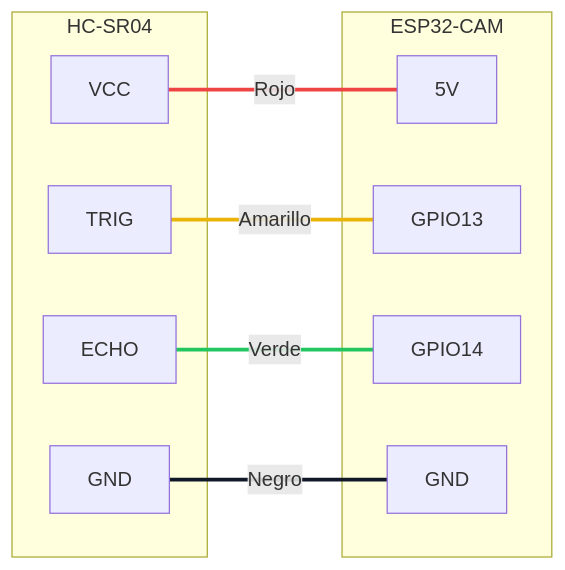
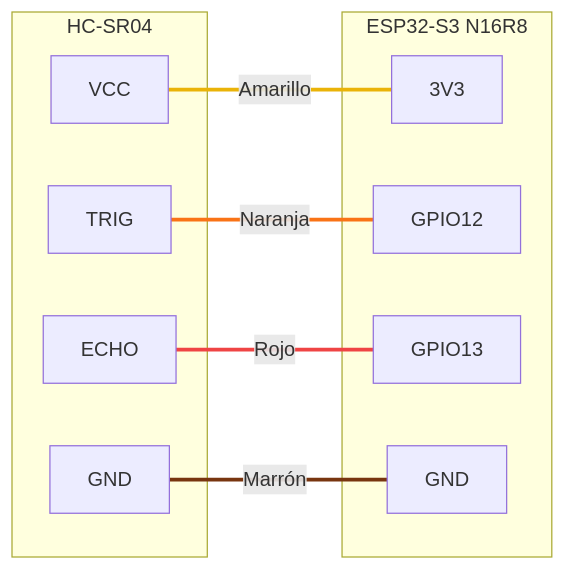
The fifth of 5 diagrams in README.md (jose-i-rm/esp32-distance-monitoring-system), drawn with Mermaid before and after one commit. The commit also changed other lines of this file and 14 other files, not shown here.

````diff
--- a/README.md
+++ b/README.md
@@ -283,23 +285,23 @@
 ```mermaid
 flowchart LR
     subgraph HC["HC-SR04"]
         VCC
         TRIG
         ECHO
         GND
     end
-    subgraph CAM["ESP32-CAM"]
-        V5["5V"]
+    subgraph S3["ESP32-S3 N16R8"]
+        V33["3V3"]
+        G12["GPIO12"]
         G13["GPIO13"]
-        G14["GPIO14"]
         G["GND"]
     end
-    VCC -- Rojo --- V5
-    GND -- Negro --- G
-    TRIG -- Amarillo --- G13
-    ECHO -- Verde --- G14
-    linkStyle 0 stroke:#ef4444,stroke-width:3px
-    linkStyle 1 stroke:#111827,stroke-width:3px
-    linkStyle 2 stroke:#eab308,stroke-width:3px
-    linkStyle 3 stroke:#22c55e,stroke-width:3px
+    VCC -- Amarillo --- V33
+    GND -- Marrón --- G
+    TRIG -- Naranja --- G12
+    ECHO -- Rojo --- G13
+    linkStyle 0 stroke:#eab308,stroke-width:3px
+    linkStyle 1 stroke:#78350f,stroke-width:3px
+    linkStyle 2 stroke:#f97316,stroke-width:3px
+    linkStyle 3 stroke:#ef4444,stroke-width:3px
 ```
````
